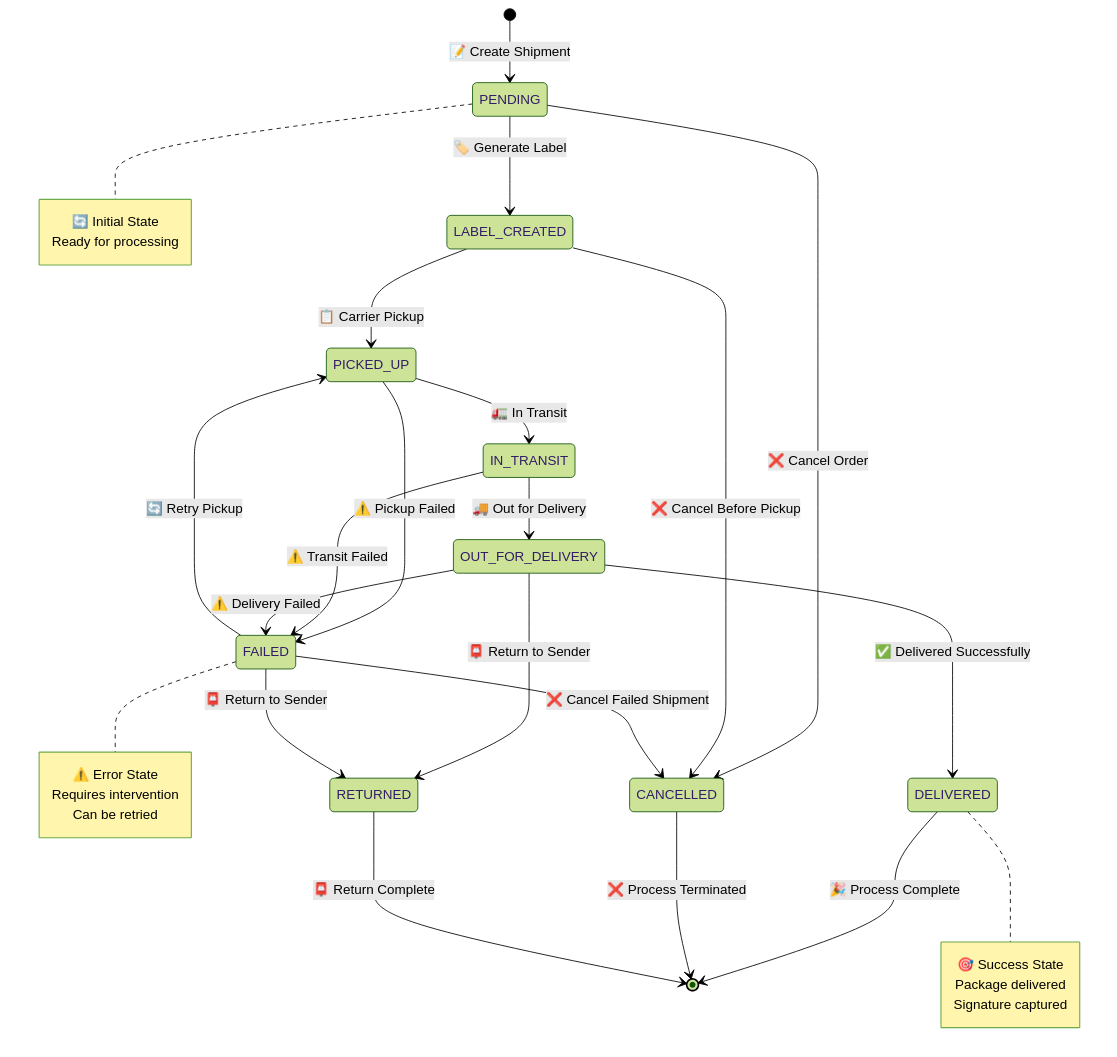
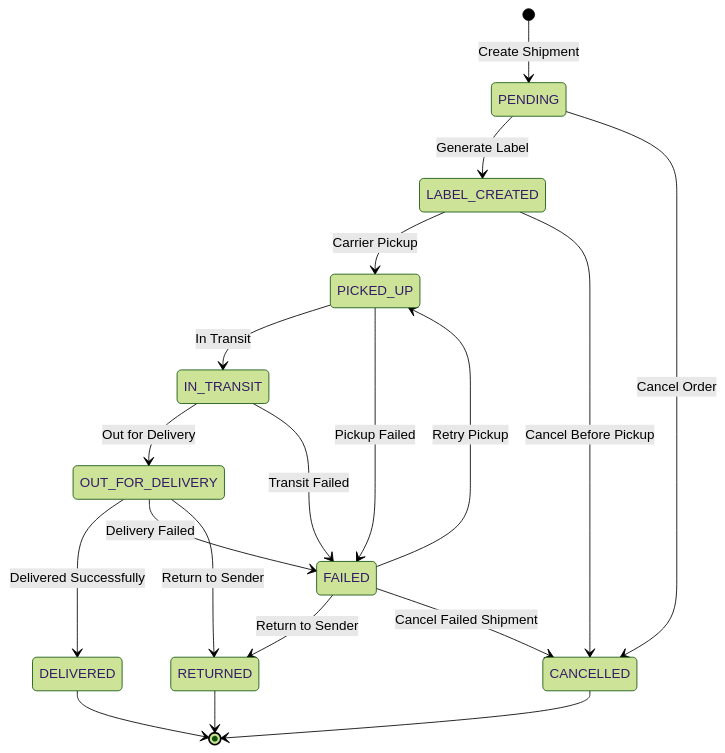
The diagram in README.md (smarte-commerce/ecomm-shipping), drawn with Mermaid (forest theme) before and after one commit. The commit also changed other lines of this file and 3 other files, not shown here.

First line of the commit message:
Implement CustomerServiceClient and enhance request/response models for carrier and package management

````diff
--- a/README.md
+++ b/README.md
@@ -203,45 +47,28 @@
 ```mermaid
 stateDiagram-v2
-    [*] --> PENDING : 📝 Create Shipment
+    [*] --> PENDING : Create Shipment
     
-    PENDING --> LABEL_CREATED : 🏷️ Generate Label
-    PENDING --> CANCELLED : ❌ Cancel Order
+    PENDING --> LABEL_CREATED : Generate Label
+    PENDING --> CANCELLED : Cancel Order
     
-    LABEL_CREATED --> PICKED_UP : 📋 Carrier Pickup
-    LABEL_CREATED --> CANCELLED : ❌ Cancel Before Pickup
+    LABEL_CREATED --> PICKED_UP : Carrier Pickup
+    LABEL_CREATED --> CANCELLED : Cancel Before Pickup
     
-    PICKED_UP --> IN_TRANSIT : 🚛 In Transit
-    PICKED_UP --> FAILED : ⚠️ Pickup Failed
+    PICKED_UP --> IN_TRANSIT : In Transit
+    PICKED_UP --> FAILED : Pickup Failed
     
-    IN_TRANSIT --> OUT_FOR_DELIVERY : 🚚 Out for Delivery
-    IN_TRANSIT --> FAILED : ⚠️ Transit Failed
+    IN_TRANSIT --> OUT_FOR_DELIVERY : Out for Delivery
+    IN_TRANSIT --> FAILED : Transit Failed
     
-    OUT_FOR_DELIVERY --> DELIVERED : ✅ Delivered Successfully
-    OUT_FOR_DELIVERY --> FAILED : ⚠️ Delivery Failed
-    OUT_FOR_DELIVERY --> RETURNED : 📮 Return to Sender
+    OUT_FOR_DELIVERY --> DELIVERED : Delivered Successfully
+    OUT_FOR_DELIVERY --> FAILED : Delivery Failed
+    OUT_FOR_DELIVERY --> RETURNED : Return to Sender
     
-    FAILED --> PICKED_UP : 🔄 Retry Pickup
-    FAILED --> RETURNED : 📮 Return to Sender
-    FAILED --> CANCELLED : ❌ Cancel Failed Shipment
+    FAILED --> PICKED_UP : Retry Pickup
+    FAILED --> RETURNED : Return to Sender
+    FAILED --> CANCELLED : Cancel Failed Shipment
     
-    DELIVERED --> [*] : 🎉 Process Complete
-    CANCELLED --> [*] : ❌ Process Terminated
-    RETURNED --> [*] : 📮 Return Complete
-    
-    note right of PENDING
-        🔄 Initial State
-        Ready for processing
-    end note
-    
-    note right of DELIVERED
-        🎯 Success State
-        Package delivered
-        Signature captured
-    end note
-    
-    note right of FAILED
-        ⚠️ Error State
-        Requires intervention
-        Can be retried
-    end note
+    DELIVERED --> [*]
+    CANCELLED --> [*]
+    RETURNED --> [*]
 ```
````
